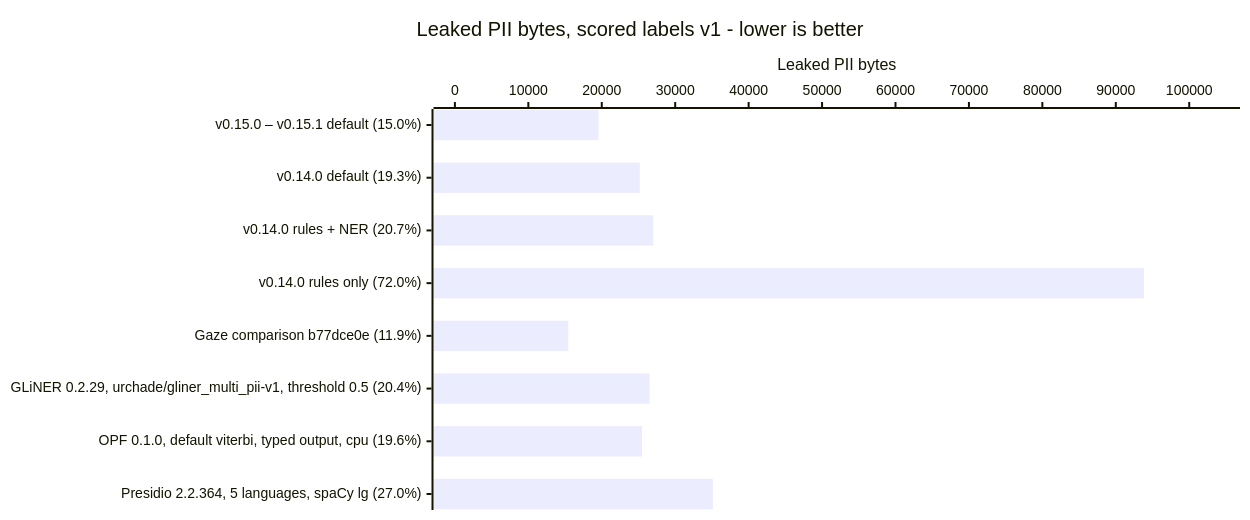
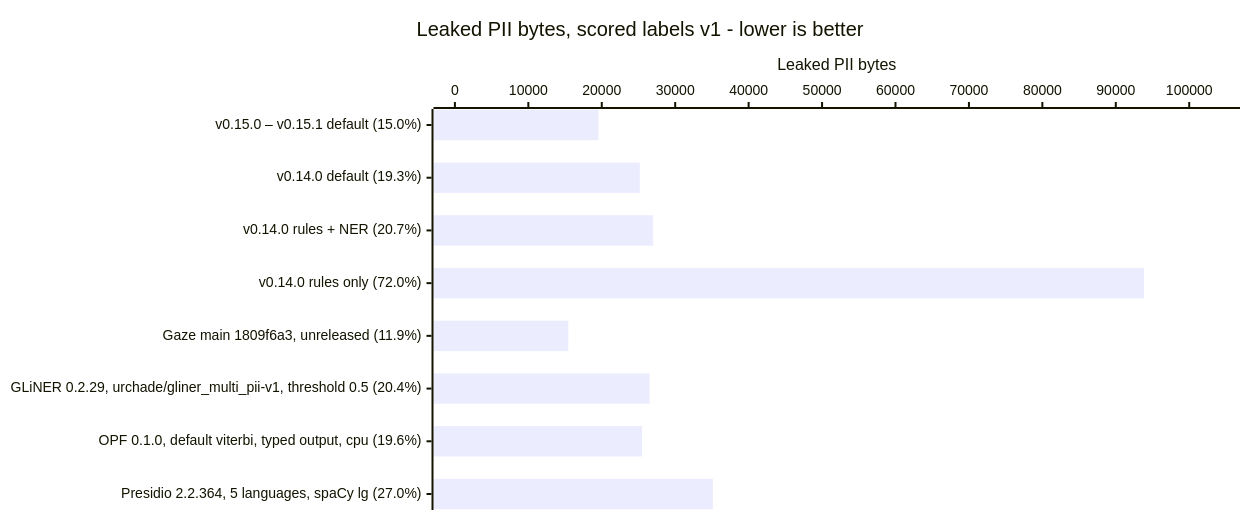
Before and after one commit to CertaMesh/gaze: the third of 3 diagrams in README.md, drawn with Mermaid. The commit also changed other lines of this file and 3 other files, not shown here.

Commit message:
Label README comparison with measured main revision

````diff
--- a/README.md
+++ b/README.md
@@ -56,8 +56,8 @@
 ```mermaid
 %%{init: {'xyChart': {'width': 1200, 'height': 500}}}%%
 xychart-beta horizontal
     title "Leaked PII bytes, scored labels v1 - lower is better"
-    x-axis ["v0.15.0 – v0.15.1 default (15.0%)", "v0.14.0 default (19.3%)", "v0.14.0 rules + NER (20.7%)", "v0.14.0 rules only (72.0%)", "Gaze comparison b77dce0e (11.9%)", "GLiNER 0.2.29, urchade/gliner_multi_pii-v1, threshold 0.5 (20.4%)", "OPF 0.1.0, default viterbi, typed output, cpu (19.6%)", "Presidio 2.2.364, 5 languages, spaCy lg (27.0%)"]
+    x-axis ["v0.15.0 – v0.15.1 default (15.0%)", "v0.14.0 default (19.3%)", "v0.14.0 rules + NER (20.7%)", "v0.14.0 rules only (72.0%)", "Gaze main 1809f6a3, unreleased (11.9%)", "GLiNER 0.2.29, urchade/gliner_multi_pii-v1, threshold 0.5 (20.4%)", "OPF 0.1.0, default viterbi, typed output, cpu (19.6%)", "Presidio 2.2.364, 5 languages, spaCy lg (27.0%)"]
     y-axis "Leaked PII bytes" 0 --> 104000
     bar [19556, 25179, 27000, 93850, 15443, 26515, 25485, 35130]
 ```
````
